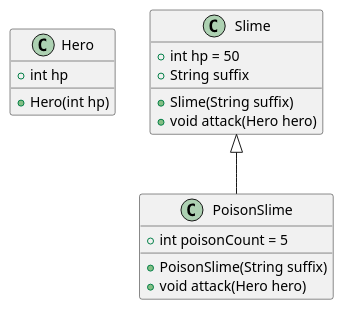
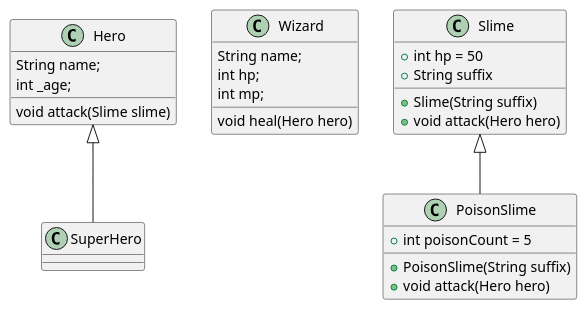
Before and after one commit to SurvivalCodingCampus/modu-3-dart-study: the diagram in lib/2025-03-18/game.puml, drawn with PlantUML. The commit also changed 4 other files, not shown here.

```diff
--- a/lib/2025-03-18/game.puml
+++ b/lib/2025-03-18/game.puml
@@ -1,21 +1,34 @@
 @startuml
 class Hero {
-  + int hp
-  + Hero(int hp)
+  String name;
+  int _age;
+
+  void attack(Slime slime)
+}
+
+class SuperHero extends Hero {
+}
+
+class Wizard {
+    String name;
+    int hp;
+    int mp;
+
+    void heal(Hero hero)
 }
 
 class Slime {
   + int hp = 50
   + String suffix
   + Slime(String suffix)
   + void attack(Hero hero)
 }
 
 class PoisonSlime {
   + int poisonCount = 5
   + PoisonSlime(String suffix)
   + void attack(Hero hero)
 }
 
 Slime <|-- PoisonSlime
 @enduml
```
